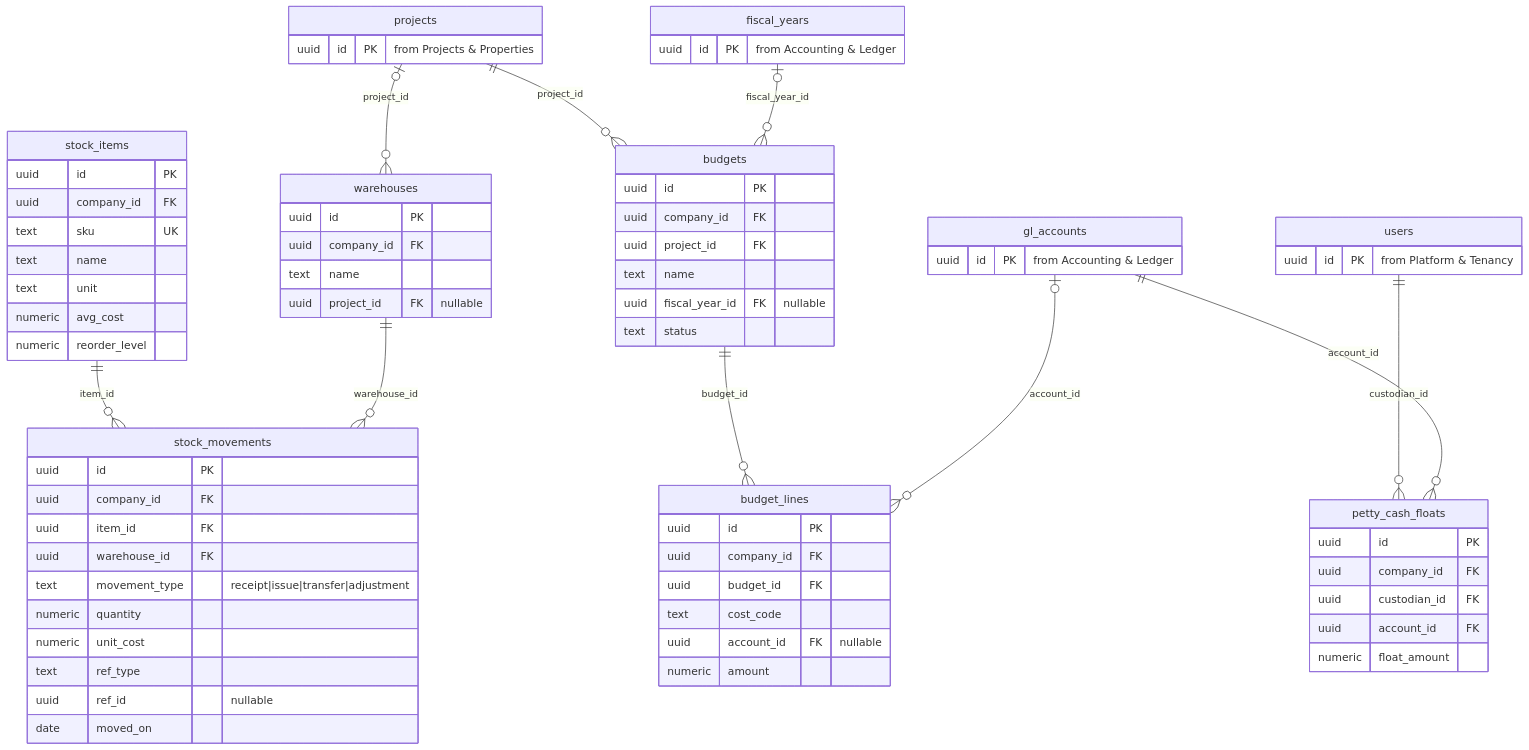
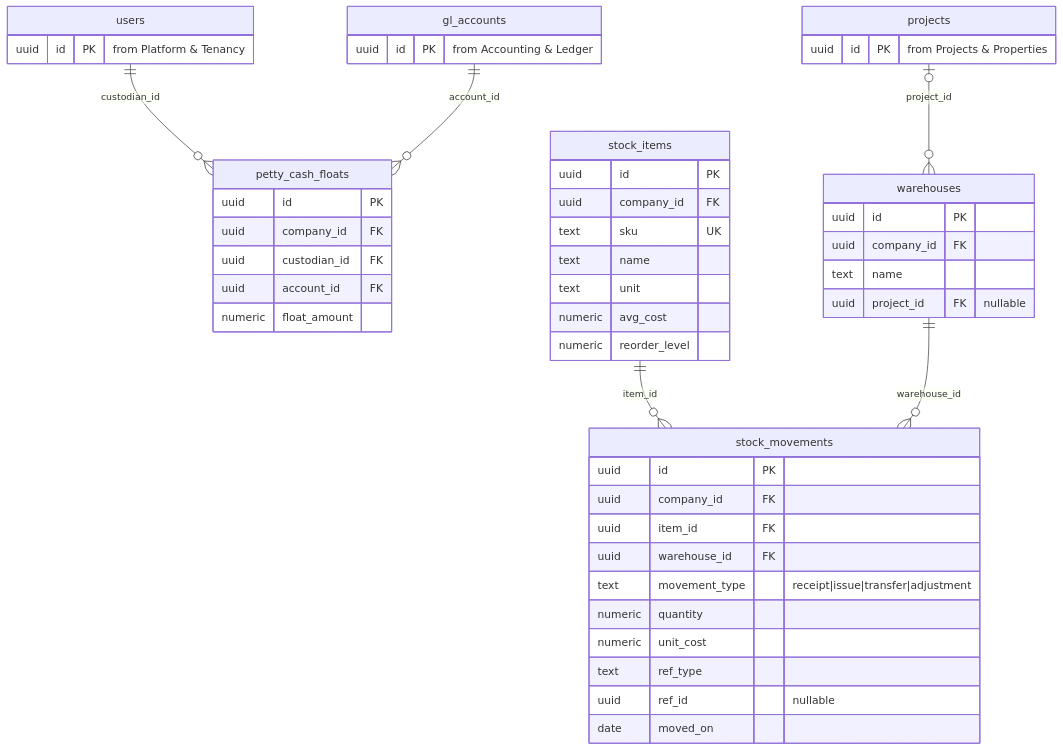
Before and after one commit to sajid293r/property_dealers_project: diagram 27 of 36 in docs/erd/ERD.md, drawn with Mermaid. The commit also changed other lines of this file and 21 other files, not shown here.

````diff
--- a/docs/erd/ERD.md
+++ b/docs/erd/ERD.md
@@ -2413,74 +2636,51 @@
 ```mermaid
 erDiagram
-  budgets {
-    uuid id PK
-    uuid company_id FK
-    uuid project_id FK
-    text name
-    uuid fiscal_year_id FK "nullable"
-    text status
-  }
-  budget_lines {
-    uuid id PK
-    uuid company_id FK
-    uuid budget_id FK
-    text cost_code
-    uuid account_id FK "nullable"
-    numeric amount
-  }
   petty_cash_floats {
     uuid id PK
     uuid company_id FK
     uuid custodian_id FK
     uuid account_id FK
     numeric float_amount
   }
   warehouses {
     uuid id PK
     uuid company_id FK
     text name
     uuid project_id FK "nullable"
   }
   stock_items {
     uuid id PK
     uuid company_id FK
     text sku UK
     text name
     text unit
     numeric avg_cost
     numeric reorder_level
   }
   stock_movements {
     uuid id PK
     uuid company_id FK
     uuid item_id FK
     uuid warehouse_id FK
     text movement_type "receipt|issue|transfer|adjustment"
     numeric quantity
     numeric unit_cost
     text ref_type
     uuid ref_id "nullable"
     date moved_on
   }
-  projects {
-    uuid id PK "from Projects & Properties"
-  }
-  fiscal_years {
-    uuid id PK "from Accounting & Ledger"
+  users {
+    uuid id PK "from Platform & Tenancy"
   }
   gl_accounts {
     uuid id PK "from Accounting & Ledger"
   }
-  users {
-    uuid id PK "from Platform & Tenancy"
+  projects {
+    uuid id PK "from Projects & Properties"
   }
-  projects ||--o{ budgets : "project_id"
-  fiscal_years |o--o{ budgets : "fiscal_year_id"
-  budgets ||--o{ budget_lines : "budget_id"
-  gl_accounts |o--o{ budget_lines : "account_id"
   users ||--o{ petty_cash_floats : "custodian_id"
   gl_accounts ||--o{ petty_cash_floats : "account_id"
   projects |o--o{ warehouses : "project_id"
   stock_items ||--o{ stock_movements : "item_id"
   warehouses ||--o{ stock_movements : "warehouse_id"
 ```
````
